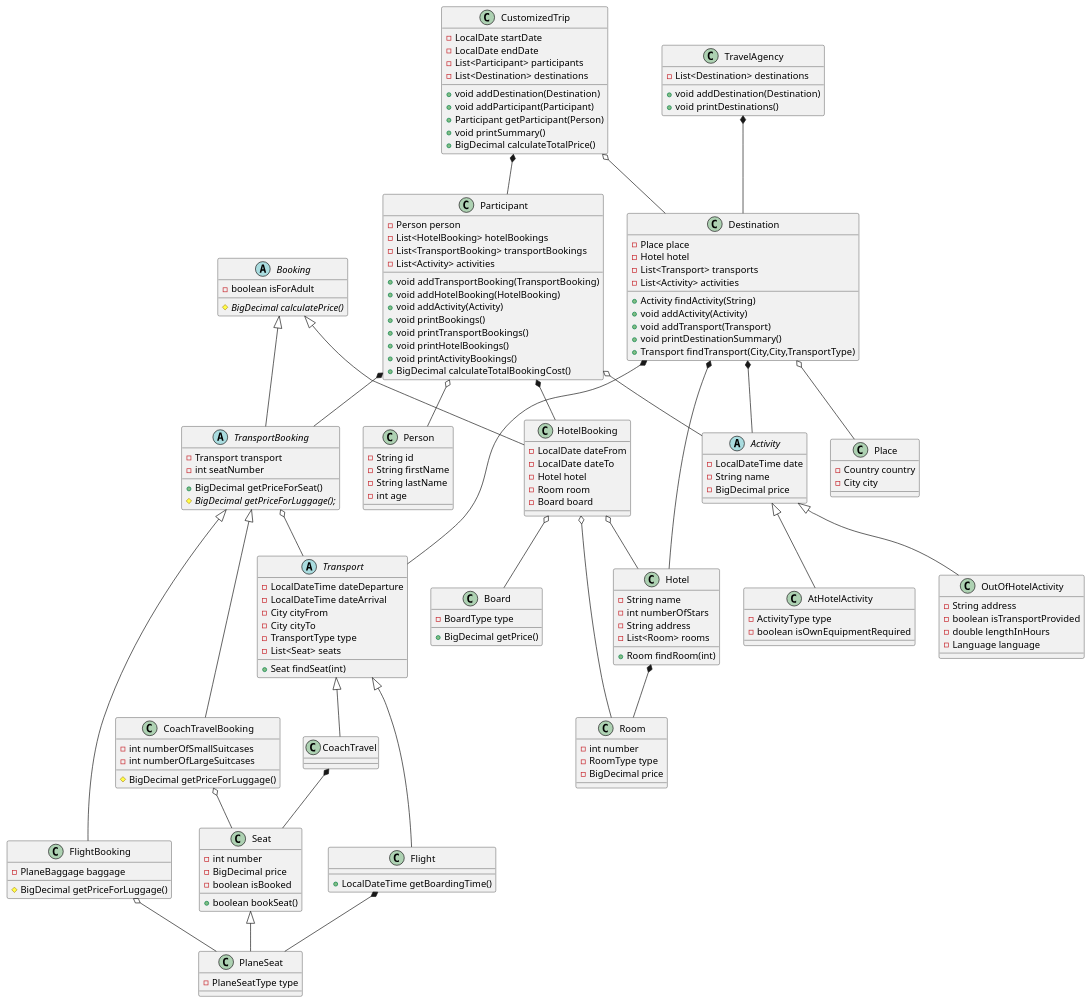
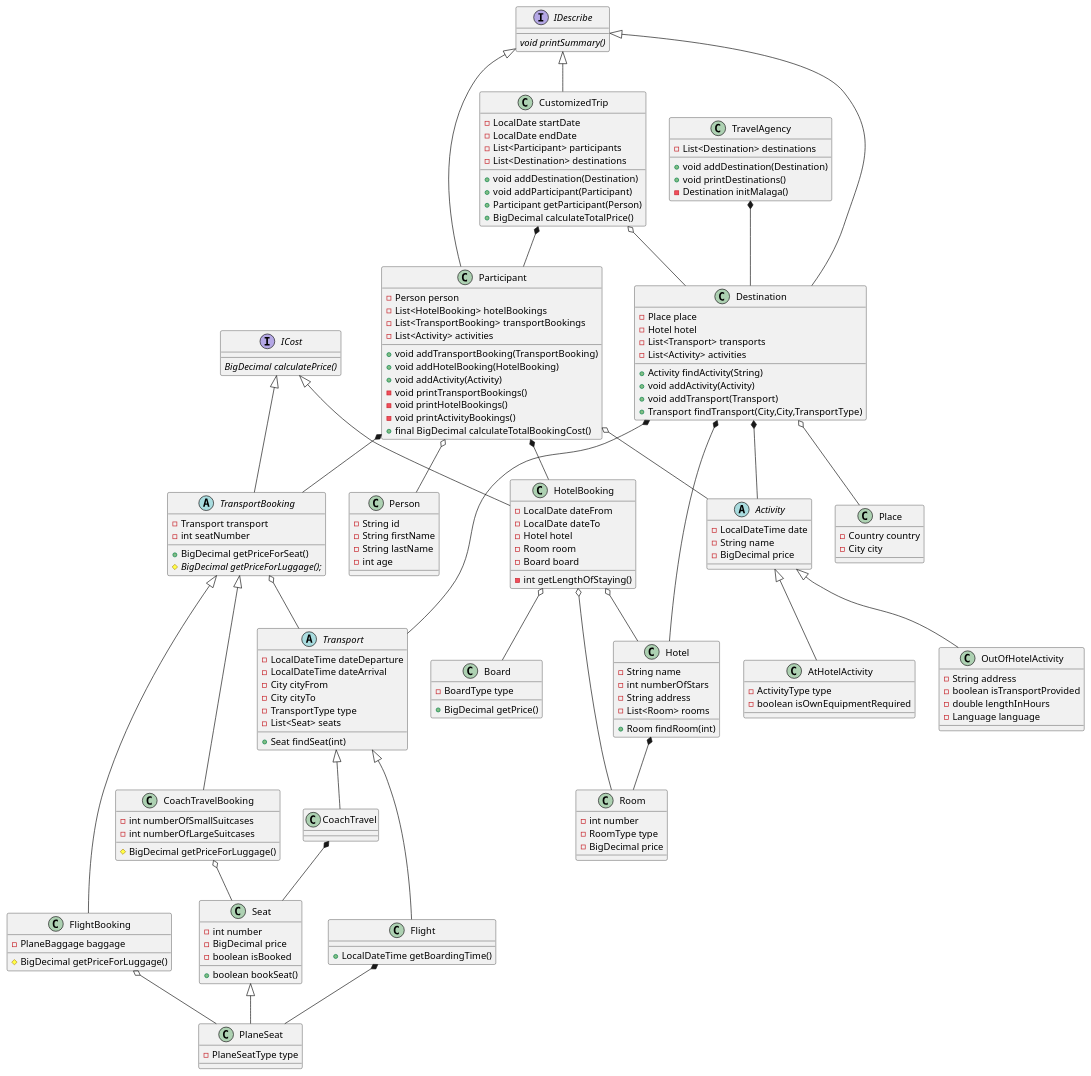
One commit to asiajanicka/TravelAgency changed the diagram in src/main/java/docs/ClassDiagram.puml. Above: the diagram before and after it, drawn with PlantUML. The commit also changed 14 other files, not shown here.

Commit message:
Added IDescribe interface to print summary

```diff
--- a/src/main/java/docs/ClassDiagram.puml
+++ b/src/main/java/docs/ClassDiagram.puml
@@ -1,163 +1,169 @@
 @startuml
+interface ICost {
+{abstract} BigDecimal calculatePrice()
+}
+interface IDescribe {
+{abstract} void printSummary()
+}
 class Hotel {
 - String name
 - int numberOfStars
 - String address
 - List<Room> rooms
 + Room findRoom(int)
 }
 class PlaneSeat {
 - PlaneSeatType type
 }
 class Seat {
 - int number
 - BigDecimal price
 - boolean isBooked
 + boolean bookSeat()
 }
 class Participant {
 - Person person
 - List<HotelBooking> hotelBookings
 - List<TransportBooking> transportBookings
 - List<Activity> activities
 + void addTransportBooking(TransportBooking)
 + void addHotelBooking(HotelBooking)
 + void addActivity(Activity)
-+ void printBookings()
-+ void printTransportBookings()
-+ void printHotelBookings()
-+ void printActivityBookings()
-+ BigDecimal calculateTotalBookingCost()
-}
-abstract class Booking {
-- boolean isForAdult
-# {abstract}BigDecimal calculatePrice()
+- void printTransportBookings()
+- void printHotelBookings()
+- void printActivityBookings()
++ final BigDecimal calculateTotalBookingCost()
 }
 class FlightBooking {
 - PlaneBaggage baggage
 # BigDecimal getPriceForLuggage()
 }
 class CustomizedTrip {
 - LocalDate startDate
 - LocalDate endDate
 - List<Participant> participants
 - List<Destination> destinations
 + void addDestination(Destination)
 + void addParticipant(Participant)
 + Participant getParticipant(Person)
-+ void printSummary()
+'+ void printSummary()
 + BigDecimal calculateTotalPrice()
 }
 class HotelBooking {
 - LocalDate dateFrom
 - LocalDate dateTo
 - Hotel hotel
 - Room room
 - Board board
+- int getLengthOfStaying()
 }
 class Board {
 - BoardType type
 + BigDecimal getPrice()
 }
 class Flight {
 + LocalDateTime getBoardingTime()
 }
 class TravelAgency {
 - List<Destination> destinations
 + void addDestination(Destination)
 + void printDestinations()
+- Destination initMalaga()
 }
 class CoachTravelBooking {
 - int numberOfSmallSuitcases
 - int numberOfLargeSuitcases
 # BigDecimal getPriceForLuggage()
 }
 abstract class Transport {
 - LocalDateTime dateDeparture
 - LocalDateTime dateArrival
 - City cityFrom
 - City cityTo
 - TransportType type
 - List<Seat> seats
 + Seat findSeat(int)
 }
 class Place {
 - Country country
 - City city
 }
 class Room {
 - int number
 - RoomType type
 - BigDecimal price
 }
 class OutOfHotelActivity {
 - String address
 - boolean isTransportProvided
 - double lengthInHours
 - Language language
 }
 abstract class Activity {
 - LocalDateTime date
 - String name
 - BigDecimal price
 }
 class AtHotelActivity {
 - ActivityType type
 - boolean isOwnEquipmentRequired
 }
 class Destination {
 - Place place
 - Hotel hotel
 - List<Transport> transports
 - List<Activity> activities
 + Activity findActivity(String)
 + void addActivity(Activity)
 + void addTransport(Transport)
-+ void printDestinationSummary()
+'+ void printDestinationSummary()
 + Transport findTransport(City,City,TransportType)
 }
 abstract class TransportBooking {
 - Transport transport
 - int seatNumber
 + BigDecimal getPriceForSeat()
 # {abstract}BigDecimal getPriceForLuggage();
 }
 class Person {
 - String id
 - String firstName
 - String lastName
 - int age
 }
 class CoachTravel {
 }
 
 TravelAgency *-- Destination
 CustomizedTrip o-- Destination
 CustomizedTrip *-- Participant
 Destination *-- Transport
 Destination *-- Hotel
 Destination *-- Activity
 Destination o-- Place
 Participant o-- Person
 Participant o-- Activity
 Participant *-- HotelBooking
 Participant *-- TransportBooking
 CoachTravel *-- Seat
 Hotel *-- Room
 HotelBooking o-- Room
 HotelBooking o-- Board
 HotelBooking o-- Hotel
 TransportBooking o-- Transport
 CoachTravelBooking o-- Seat
 FlightBooking o-- PlaneSeat
 Flight *-- PlaneSeat
-Booking <|-- HotelBooking
-Booking <|-- TransportBooking
+ICost <|-- HotelBooking
+ICost <|-- TransportBooking
+IDescribe <|--  CustomizedTrip
+IDescribe <|-- Participant
+IDescribe <|-- Destination
 Seat <|-- PlaneSeat
 TransportBooking <|-- FlightBooking
 Transport <|-- Flight
 TransportBooking <|-- CoachTravelBooking
 Activity <|-- OutOfHotelActivity
 Activity <|-- AtHotelActivity
 Transport <|-- CoachTravel
 @enduml
```
